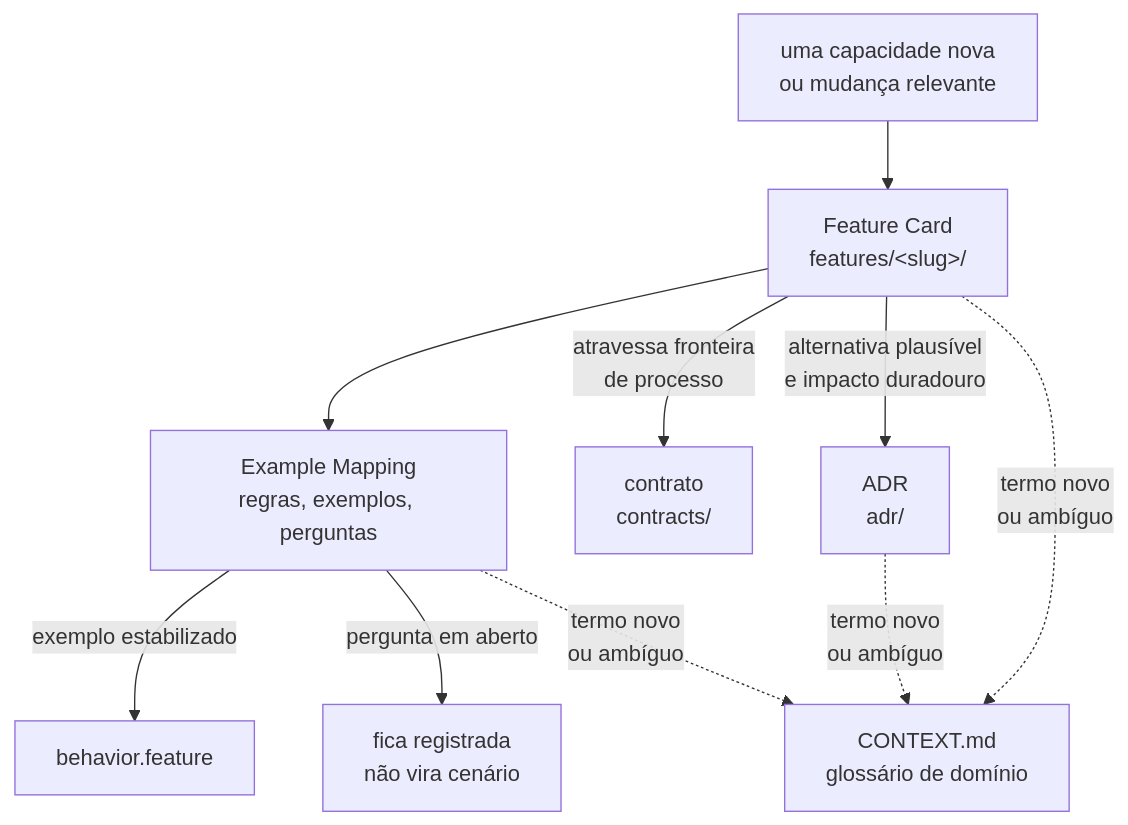
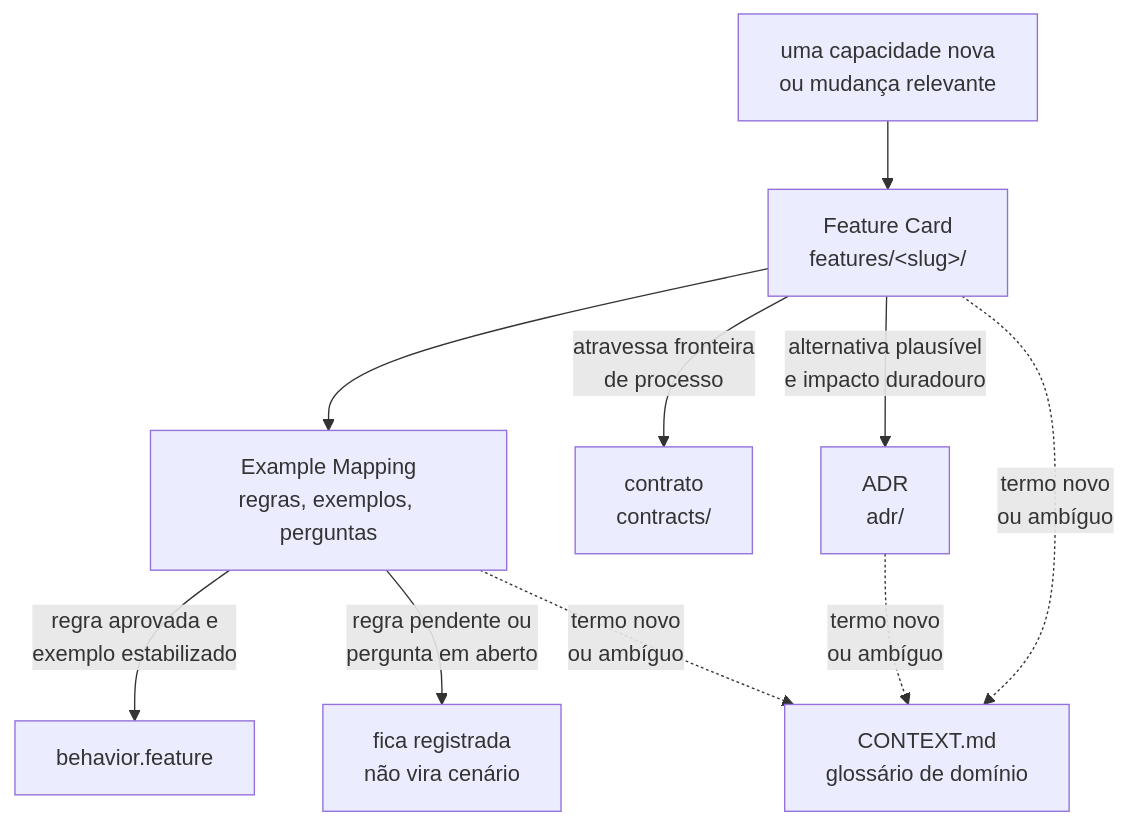
The diagram in docs/README.md (da0hn/distributed-systems-experiment-lab), drawn with Mermaid before and after one commit. The commit also changed other lines of this file and 58 other files, not shown here.

````diff
--- a/docs/README.md
+++ b/docs/README.md
@@ -49,12 +63,12 @@
 ```mermaid
 flowchart TB
     CAP["uma capacidade nova<br/>ou mudança relevante"] --> FC["Feature Card<br/>features/&lt;slug&gt;/"]
     FC --> EM["Example Mapping<br/>regras, exemplos, perguntas"]
-    EM -->|" exemplo estabilizado "| BDD["behavior.feature"]
-    EM -->|" pergunta em aberto "| Q["fica registrada<br/>não vira cenário"]
+    EM -->|" regra aprovada e<br/>exemplo estabilizado "| BDD["behavior.feature"]
+    EM -->|" regra pendente ou<br/>pergunta em aberto "| Q["fica registrada<br/>não vira cenário"]
     FC -->|" atravessa fronteira<br/>de processo "| CT["contrato<br/>contracts/"]
     FC -->|" alternativa plausível<br/>e impacto duradouro "| ADR["ADR<br/>adr/"]
     FC -.->|" termo novo<br/>ou ambíguo "| CTX["CONTEXT.md<br/>glossário de domínio"]
     EM -.->|" termo novo<br/>ou ambíguo "| CTX
     ADR -.->|" termo novo<br/>ou ambíguo "| CTX
 ```
````
